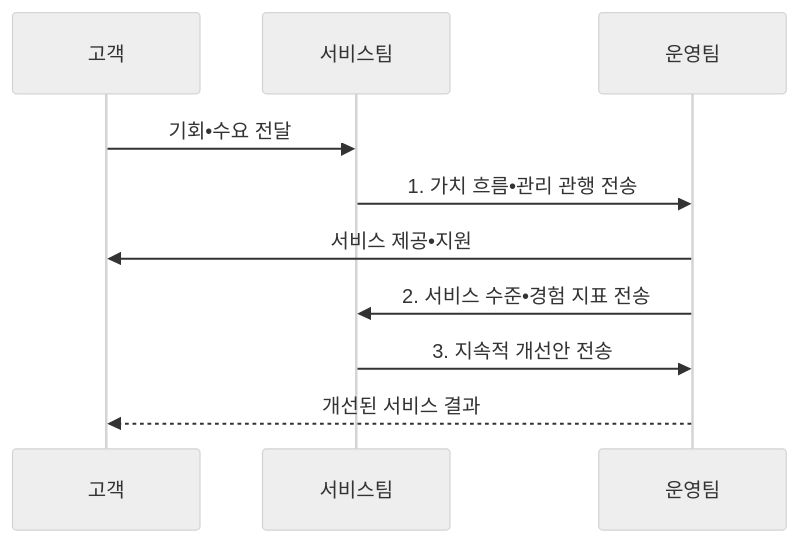
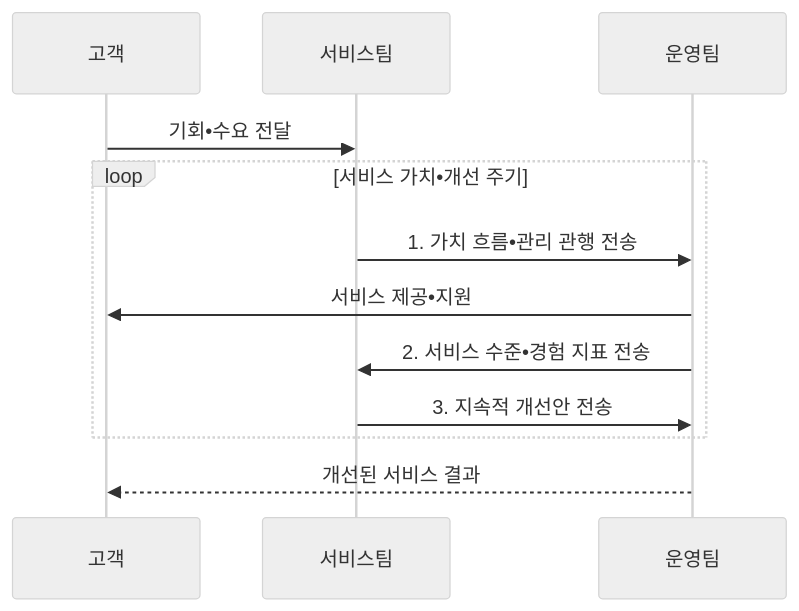
Before and after one commit to agnusdei1207/knowledge-base: the second of 2 diagrams in src/content/docs/notes/07-law-policy/006_itil_v4_it_service_management.md, drawn with Mermaid (neutral theme). The commit also changed other lines of this file and 18 other files, not shown here.

````diff
--- a/src/content/docs/notes/07-law-policy/006_itil_v4_it_service_management.md
+++ b/src/content/docs/notes/07-law-policy/006_itil_v4_it_service_management.md
@@ -104,12 +104,14 @@
 ```mermaid
 sequenceDiagram
     participant C as 고객
     participant S as 서비스팀
     participant O as 운영팀
     C->>S: 기회•수요 전달
-    S->>O: 1. 가치 흐름•관리 관행 전송
-    O->>C: 서비스 제공•지원
-    O->>S: 2. 서비스 수준•경험 지표 전송
-    S->>O: 3. 지속적 개선안 전송
+    loop 서비스 가치•개선 주기
+        S->>O: 1. 가치 흐름•관리 관행 전송
+        O->>C: 서비스 제공•지원
+        O->>S: 2. 서비스 수준•경험 지표 전송
+        S->>O: 3. 지속적 개선안 전송
+    end
     O-->>C: 개선된 서비스 결과
 ```
````
